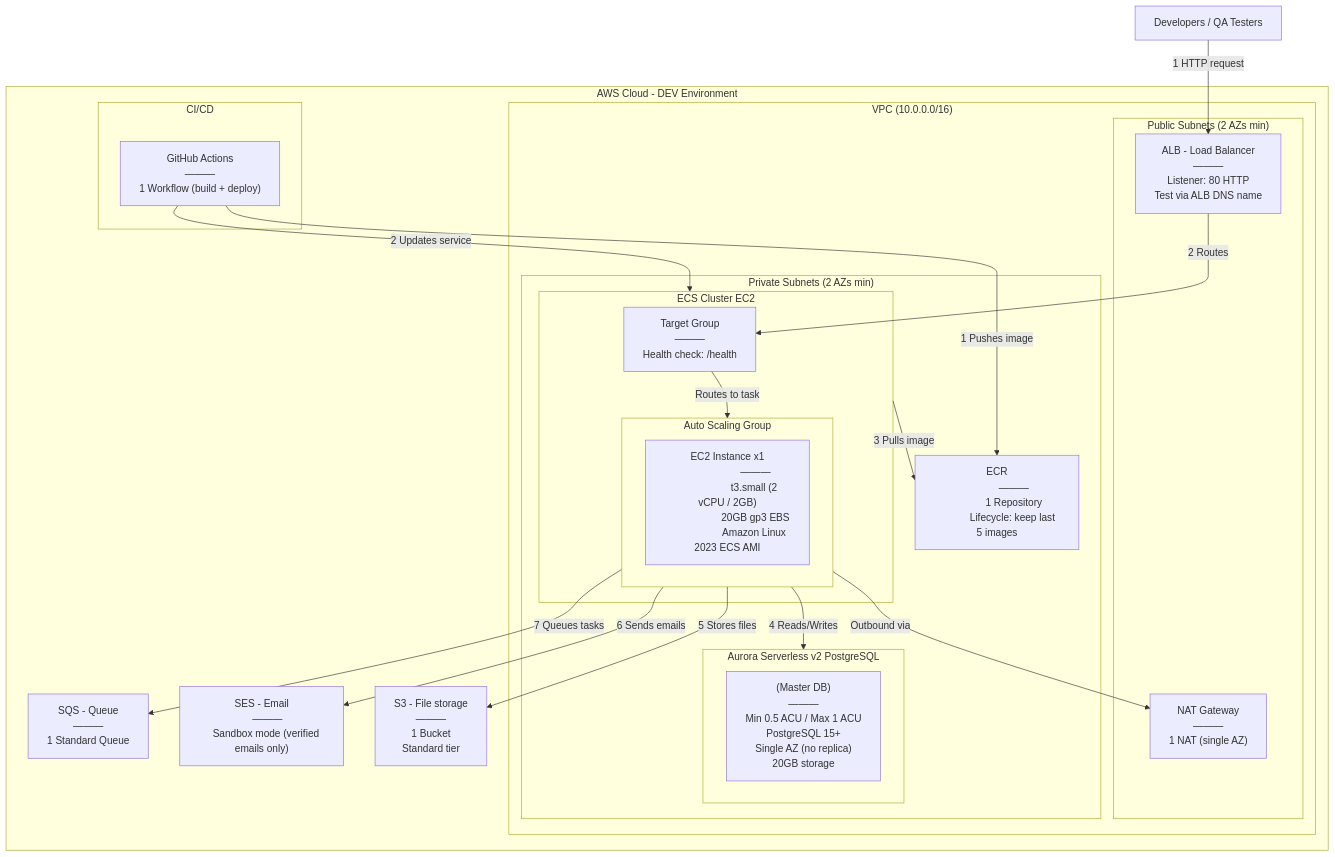
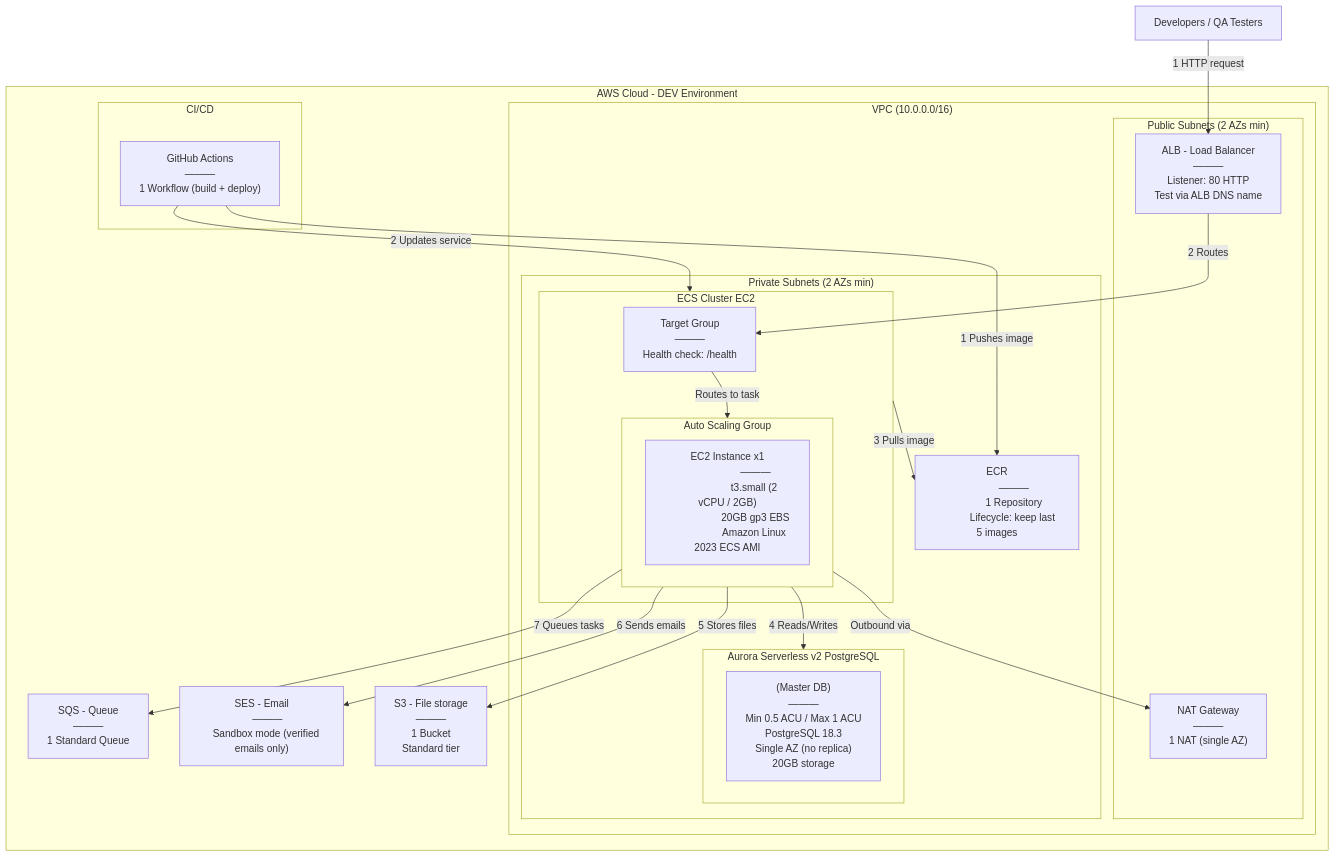
The diagram in minimu.md (samir19406/test1), drawn with Mermaid before and after one commit. The commit also changed other lines of this file, not shown here.

```diff
--- a/minimu.md
+++ b/minimu.md
@@ -38,7 +38,7 @@
                 MasterDB["(Master DB)
                 ———
                 Min 0.5 ACU / Max 1 ACU
-                PostgreSQL 15+
+                PostgreSQL 18.3
                 Single AZ (no replica)
                 20GB storage"]
             end
```
